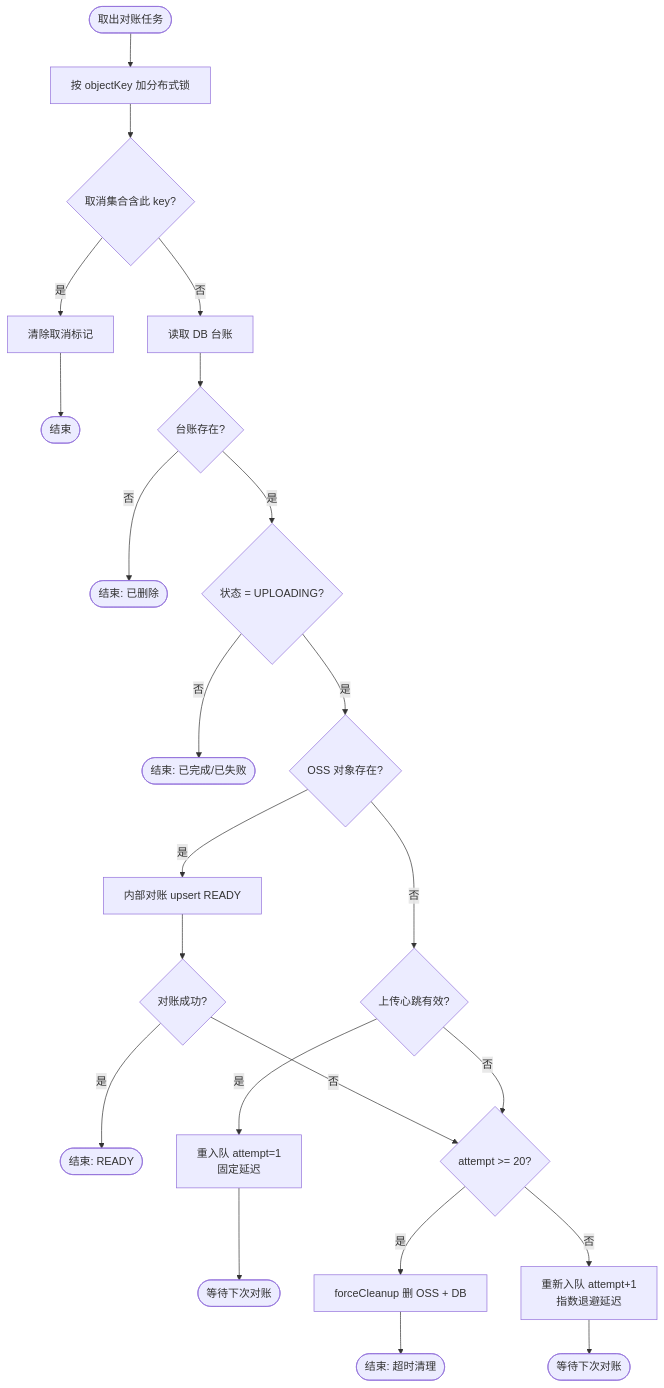
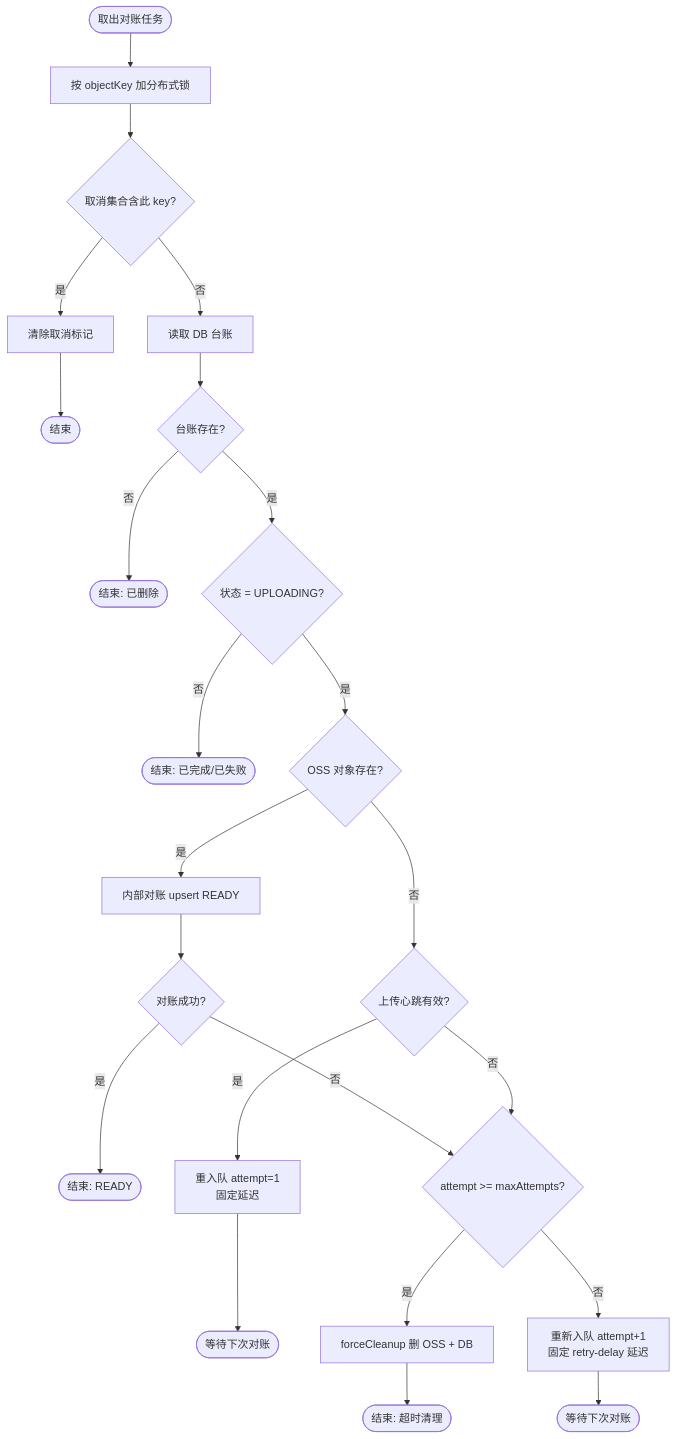
One commit to j2agent-ai/j2agent-docs changed the first of 9 diagrams in 平台/文件管理与对象存储/README.md. Above: the diagram before and after it, drawn with Mermaid. The commit also changed other lines of this file, not shown here.

````diff
--- a/平台/文件管理与对象存储/README.md
+++ b/平台/文件管理与对象存储/README.md
@@ -241,21 +244,21 @@
 ```mermaid
 flowchart TD
     start([取出对账任务]) --> lock[按 objectKey 加分布式锁]
     lock --> cancelled{取消集合含此 key?}
     cancelled -->|是| clearCancel[清除取消标记] --> stop1([结束])
     cancelled -->|否| loadDb[读取 DB 台账]
     loadDb --> existsDb{台账存在?}
     existsDb -->|否| stop2([结束: 已删除])
     existsDb -->|是| statusCheck{状态 = UPLOADING?}
     statusCheck -->|否| stop3([结束: 已完成/已失败])
     statusCheck -->|是| ossCheck{OSS 对象存在?}
     ossCheck -->|是| reconcile[内部对账 upsert READY]
     reconcile --> reconcileOk{对账成功?}
     reconcileOk -->|是| stop4([结束: READY])
     reconcileOk -->|否| attemptCheck
     ossCheck -->|否| heartbeatCheck{上传心跳有效?}
     heartbeatCheck -->|是| heartbeatRequeue["重入队 attempt=1\n固定延迟"] --> stop7([等待下次对账])
-    heartbeatCheck -->|否| attemptCheck{attempt >= 20?}
+    heartbeatCheck -->|否| attemptCheck{attempt >= maxAttempts?}
     attemptCheck -->|是| cleanup[forceCleanup 删 OSS + DB] --> stop5([结束: 超时清理])
-    attemptCheck -->|否| requeue["重新入队 attempt+1\n指数退避延迟"] --> stop6([等待下次对账])
+    attemptCheck -->|否| requeue["重新入队 attempt+1\n固定 retry-delay 延迟"] --> stop6([等待下次对账])
 ```
````
